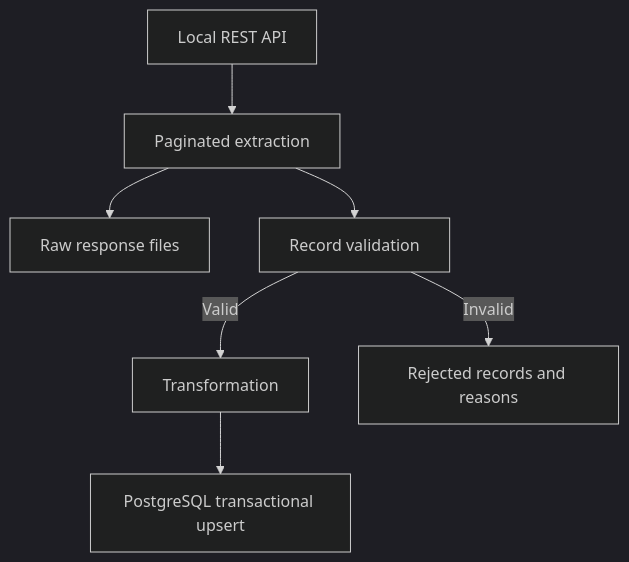
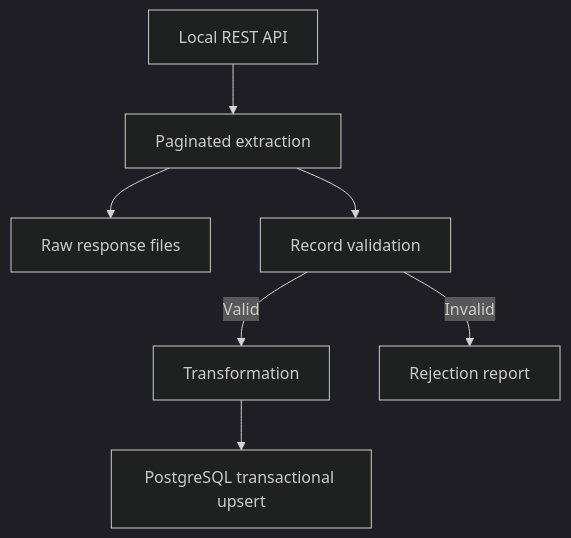
One commit to JakLit00/partner-catalog-ingestion changed the diagram in README.md. Above: the diagram before and after it, drawn with Mermaid (dark theme). The commit also changed other lines of this file and 1 other file, not shown here.

````diff
--- a/README.md
+++ b/README.md
@@ -17,9 +17,9 @@
 ```mermaid
 flowchart TD
     A[Local REST API] --> B[Paginated extraction]
     B --> C[Raw response files]
     B --> D[Record validation]
     D -->|Valid| E[Transformation]
-    D -->|Invalid| F[Rejected records and reasons]
+    D -->|Invalid| F[Rejection report]
     E --> G[PostgreSQL transactional upsert]
 ```
````
